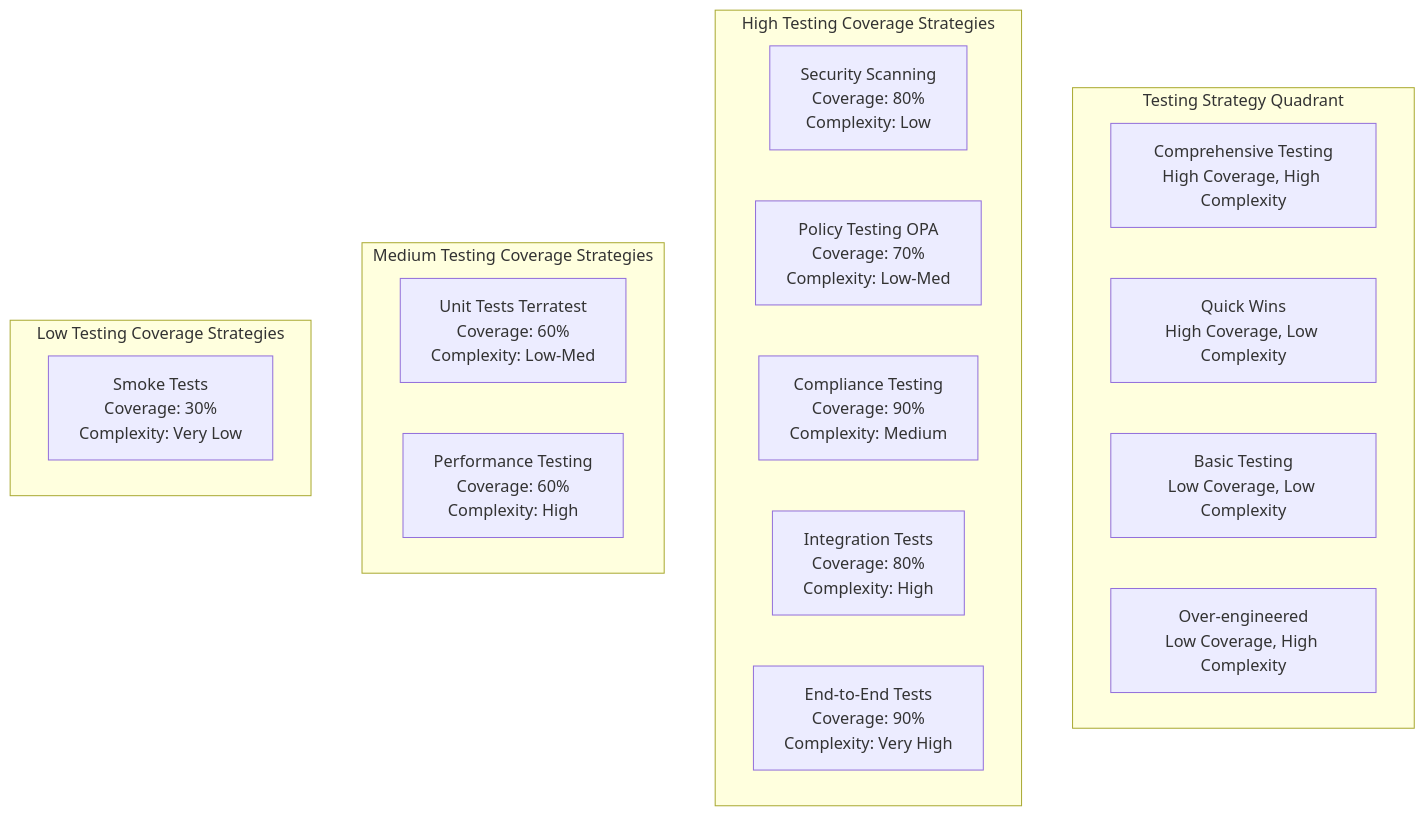
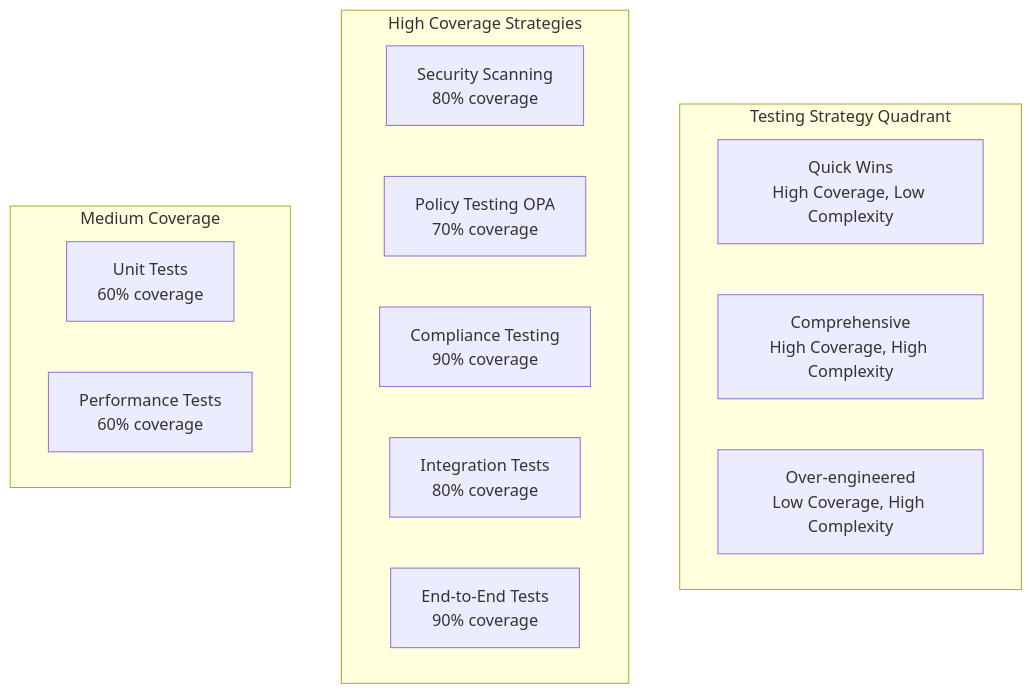
One commit to Geonitab/architecture_as_code changed the diagram in docs/images/diagram_13_testing_quadrant.mmd. Above: the diagram before and after it, drawn with Mermaid. The commit also changed 36 other files, not shown here.

Commit message:
Split large diagrams to meet 15-element limit

```diff
--- a/docs/images/diagram_13_testing_quadrant.mmd
+++ b/docs/images/diagram_13_testing_quadrant.mmd
@@ -1,25 +1,20 @@
 graph TD
     subgraph Legend["Testing Strategy Quadrant"]
         direction LR
-        Q1["Comprehensive Testing<br/>High Coverage, High Complexity"]:::kv-outline
         Q2["Quick Wins<br/>High Coverage, Low Complexity"]:::kv-primary
-        Q3["Basic Testing<br/>Low Coverage, Low Complexity"]:::kv-muted
+        Q1["Comprehensive<br/>High Coverage, High Complexity"]:::kv-outline
         Q4["Over-engineered<br/>Low Coverage, High Complexity"]:::kv-pattern
     end
 
-    subgraph HighCoverage["High Testing Coverage Strategies"]
-        SEC["Security Scanning<br/>Coverage: 80%<br/>Complexity: Low"]:::kv-primary
-        POL["Policy Testing OPA<br/>Coverage: 70%<br/>Complexity: Low-Med"]:::kv-primary
-        COMP["Compliance Testing<br/>Coverage: 90%<br/>Complexity: Medium"]:::kv-accent
-        INT["Integration Tests<br/>Coverage: 80%<br/>Complexity: High"]:::kv-highlight
-        E2E["End-to-End Tests<br/>Coverage: 90%<br/>Complexity: Very High"]:::kv-pattern
+    subgraph HighCoverage["High Coverage Strategies"]
+        SEC["Security Scanning<br/>80% coverage"]:::kv-primary
+        POL["Policy Testing OPA<br/>70% coverage"]:::kv-primary
+        COMP["Compliance Testing<br/>90% coverage"]:::kv-accent
+        INT["Integration Tests<br/>80% coverage"]:::kv-highlight
+        E2E["End-to-End Tests<br/>90% coverage"]:::kv-pattern
     end
 
-    subgraph MedCoverage["Medium Testing Coverage Strategies"]
-        UNIT["Unit Tests Terratest<br/>Coverage: 60%<br/>Complexity: Low-Med"]:::kv-accent
-        PERF["Performance Testing<br/>Coverage: 60%<br/>Complexity: High"]:::kv-highlight
+    subgraph MedCoverage["Medium Coverage"]
+        UNIT["Unit Tests<br/>60% coverage"]:::kv-accent
+        PERF["Performance Tests<br/>60% coverage"]:::kv-highlight
     end
-
-    subgraph LowCoverage["Low Testing Coverage Strategies"]
-        SMOKE["Smoke Tests<br/>Coverage: 30%<br/>Complexity: Very Low"]:::kv-muted
-    end
```
